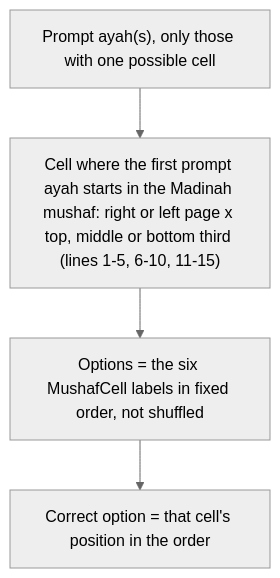
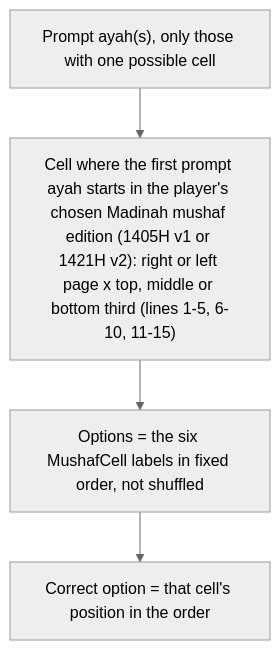
Before and after one commit to suft/hafiz: the sixth of 6 diagrams in ALGORITHMS.md, drawn with Mermaid (neutral theme). The commit also changed other lines of this file and 28 other files, not shown here.

First line of the commit message:
feat(mushaf): add 1421H mushaf edition selection for where's the ayah

````diff
--- a/ALGORITHMS.md
+++ b/ALGORITHMS.md
@@ -130,6 +130,6 @@
 ```mermaid
 flowchart TD
-    P["Prompt ayah(s), only those with one possible cell"] --> A["Cell where the first prompt ayah starts in the Madinah mushaf: right or left page x top, middle or bottom third (lines 1-5, 6-10, 11-15)"]
+    P["Prompt ayah(s), only those with one possible cell"] --> A["Cell where the first prompt ayah starts in the player's chosen Madinah mushaf edition (1405H v1 or 1421H v2): right or left page x top, middle or bottom third (lines 1-5, 6-10, 11-15)"]
     A --> B["Options = the six MushafCell labels in fixed order, not shuffled"]
     B --> C["Correct option = that cell's position in the order"]
 ```
````
